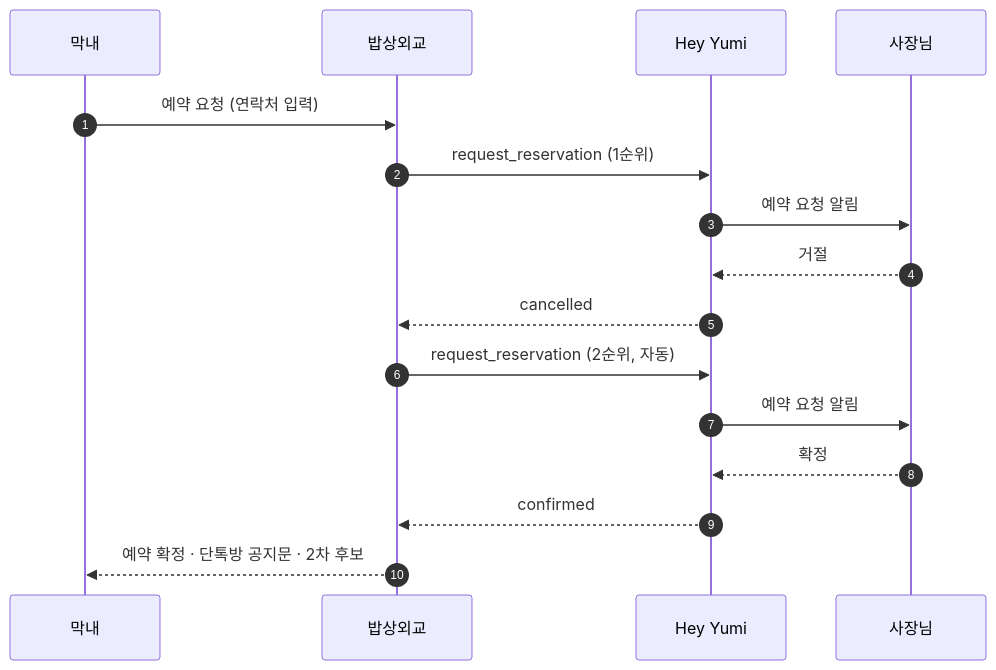
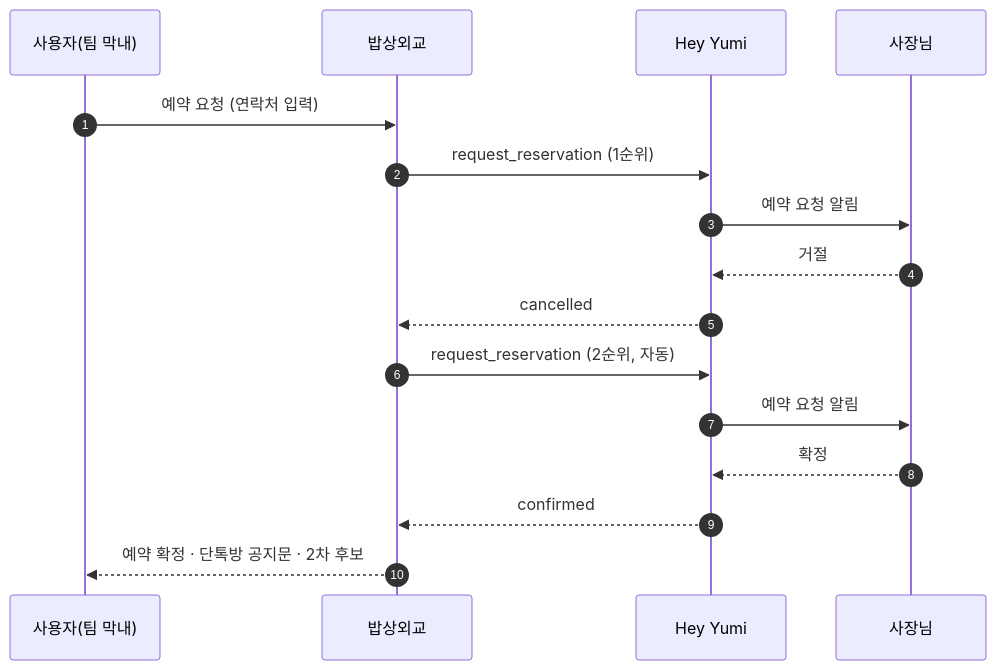
Before and after one commit to SJY8179/babsang-diplomacy: the second of 2 diagrams in README.md, drawn with Mermaid. The commit also changed other lines of this file, not shown here.

Commit message:
Update README for clarity and terminology adjustments

````diff
--- a/README.md
+++ b/README.md
@@ -132,18 +132,18 @@
 ```mermaid
 sequenceDiagram
   autonumber
-  participant 막내
+  participant 사용자(팀 막내)
   participant 밥상외교
   participant HeyYumi as Hey Yumi
   participant 사장님
-  막내->>밥상외교: 예약 요청 (연락처 입력)
+  사용자(팀 막내)->>밥상외교: 예약 요청 (연락처 입력)
   밥상외교->>HeyYumi: request_reservation (1순위)
   HeyYumi->>사장님: 예약 요청 알림
   사장님-->>HeyYumi: 거절
   HeyYumi-->>밥상외교: cancelled
   밥상외교->>HeyYumi: request_reservation (2순위, 자동)
   HeyYumi->>사장님: 예약 요청 알림
   사장님-->>HeyYumi: 확정
   HeyYumi-->>밥상외교: confirmed
-  밥상외교-->>막내: 예약 확정 · 단톡방 공지문 · 2차 후보
+  밥상외교-->>사용자(팀 막내): 예약 확정 · 단톡방 공지문 · 2차 후보
 ```
````
